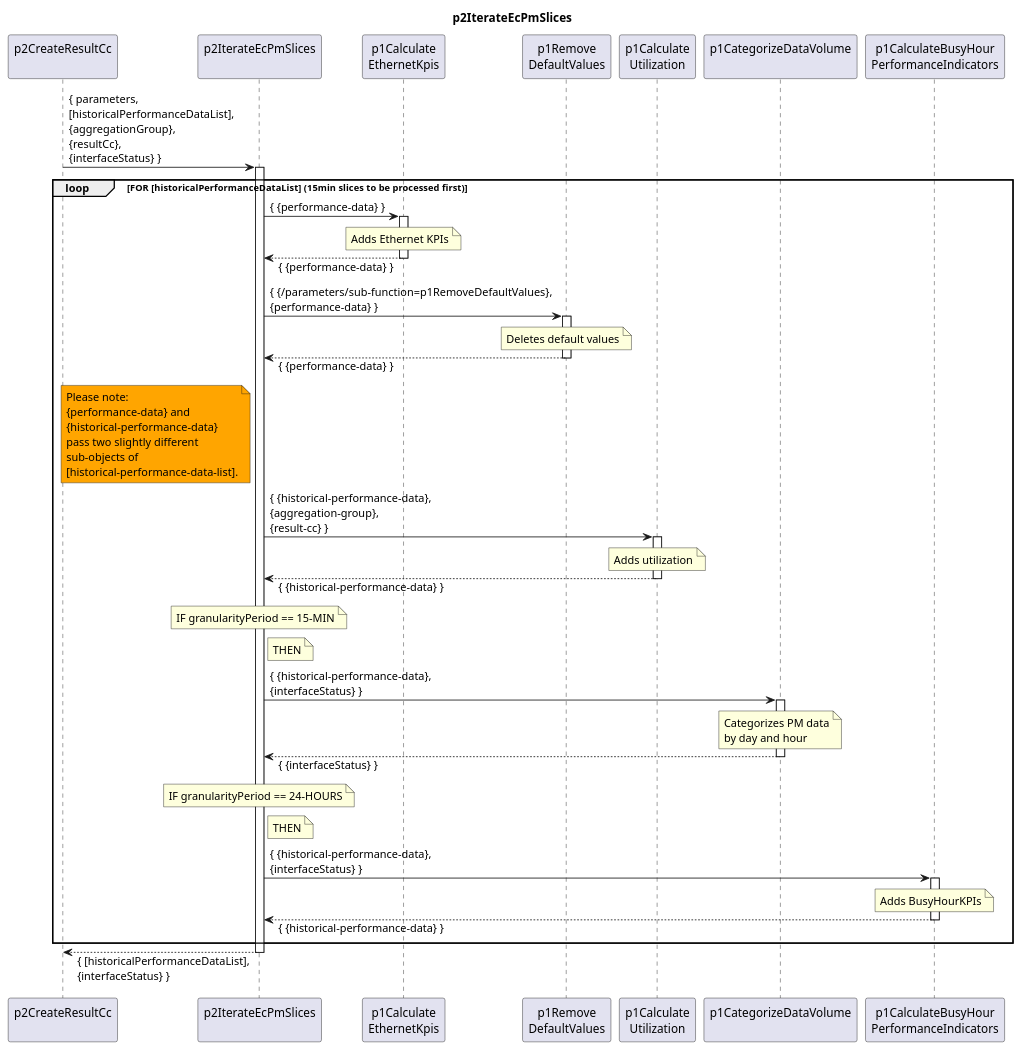
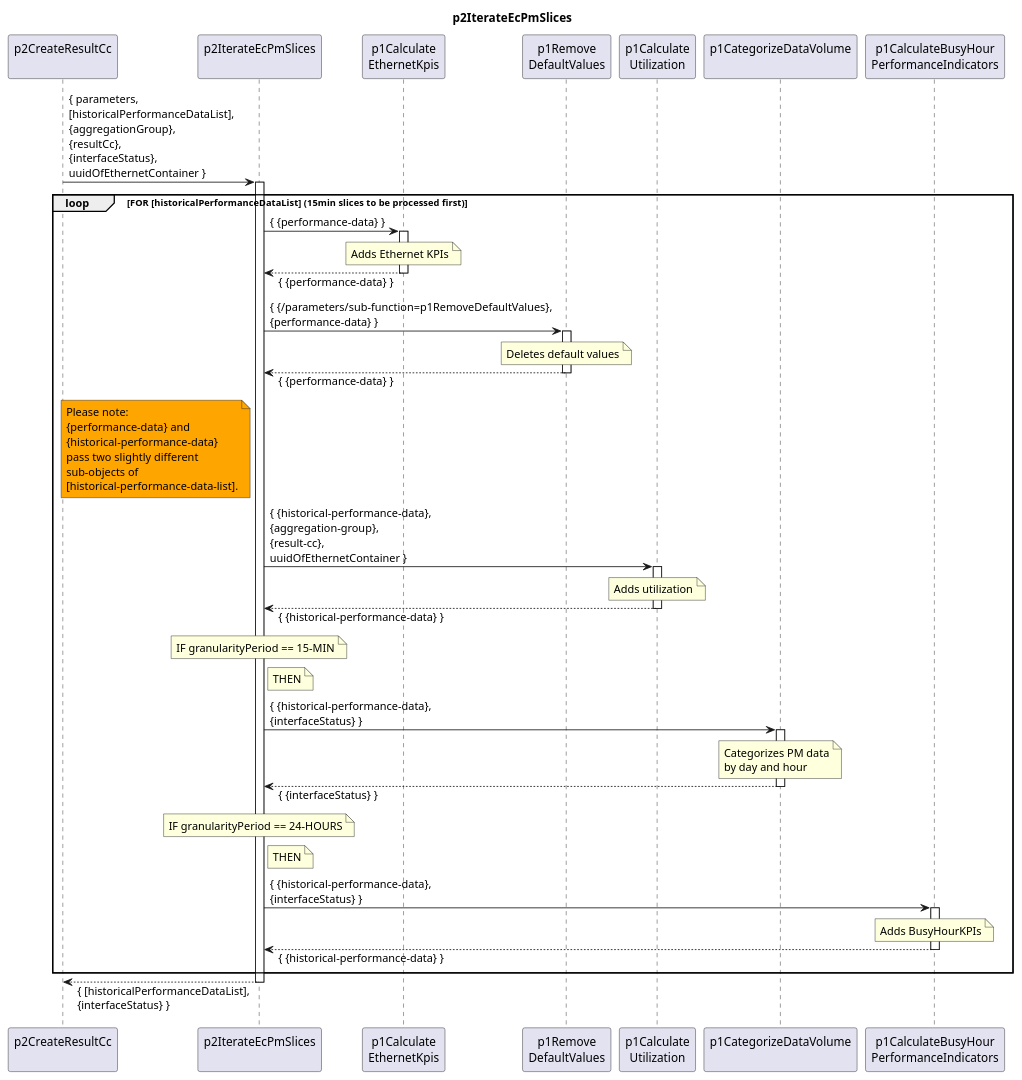
Before and after one commit to openBackhaul/DevicePerformanceManagementDataProcessor: the diagram in spec/Functions/p2StreamPmData/p2ProcessDevice/p2CreateResultCc/p2IterateEcPmSlices/1.0.0/p2IterateEcPmSlices.plantuml, drawn with PlantUML. The commit also changed 10 other files, not shown here.

Commit message:
Add deriving physicalServerLtpList from serverLtp attribute at EthernetContainerLTP (fixes #211)

```diff
--- a/spec/Functions/p2StreamPmData/p2ProcessDevice/p2CreateResultCc/p2IterateEcPmSlices/1.0.0/p2IterateEcPmSlices.plantuml
+++ b/spec/Functions/p2StreamPmData/p2ProcessDevice/p2CreateResultCc/p2IterateEcPmSlices/1.0.0/p2IterateEcPmSlices.plantuml
@@ -1,96 +1,96 @@
 @startuml p2IterateEcPmSlices
 skinparam responseMessageBelowArrow true
 
 title
   p2IterateEcPmSlices
 end title
 
 participant "p2CreateResultCc\n" as cur
 
 participant "p2IterateEcPmSlices\n" as iterateSlices
 participant "p1Calculate\nEthernetKpis" as intCC
 participant "p1Remove\nDefaultValues" as p1RemDefault
 participant "p1Calculate\nUtilization" as p1CalcUtil
 participant "p1CategorizeDataVolume\n" as p1CatDataVo
 participant "p1CalculateBusyHour\nPerformanceIndicators" as p1CalcBH
 
-cur -> iterateSlices : { parameters,\n[historicalPerformanceDataList],\n{aggregationGroup},\n{resultCc},\n{interfaceStatus} }
+cur -> iterateSlices : { parameters,\n[historicalPerformanceDataList],\n{aggregationGroup},\n{resultCc},\n{interfaceStatus},\nuuidOfEthernetContainer }
 activate iterateSlices
 
   loop FOR [historicalPerformanceDataList]   (15min slices to be processed first)
 
     iterateSlices -> intCC : { {performance-data} }
     activate intCC
       note over intCC
         Adds Ethernet KPIs
       end note
     iterateSlices <-- intCC: { {performance-data} }
     deactivate intCC
 
     iterateSlices -> p1RemDefault : { {/parameters/sub-function=p1RemoveDefaultValues},\n{performance-data} }
     activate p1RemDefault
       note over p1RemDefault
         Deletes default values
       end note
     iterateSlices <-- p1RemDefault: { {performance-data} }
     deactivate p1RemDefault
 
     note left iterateSlices #Orange
       Please note:
       {performance-data} and
       {historical-performance-data}
       pass two slightly different
       sub-objects of
       [historical-performance-data-list].
     end note
 
 
-    iterateSlices -> p1CalcUtil : { {historical-performance-data},\n{aggregation-group},\n{result-cc} }
+    iterateSlices -> p1CalcUtil : { {historical-performance-data},\n{aggregation-group},\n{result-cc},\nuuidOfEthernetContainer }
     activate p1CalcUtil
       note over p1CalcUtil
         Adds utilization
       end note
     iterateSlices <-- p1CalcUtil: { {historical-performance-data} }
     deactivate p1CalcUtil
 
     note over iterateSlices
       IF granularityPeriod == 15-MIN
     end note
 
     note right iterateSlices
       THEN
     end note
 
     iterateSlices -> p1CatDataVo : { {historical-performance-data},\n{interfaceStatus} }
     activate p1CatDataVo
       note over p1CatDataVo
         Categorizes PM data
         by day and hour
       end note
     iterateSlices <-- p1CatDataVo: { {interfaceStatus} }
     deactivate p1CatDataVo
 
     note over iterateSlices
       IF granularityPeriod == 24-HOURS
     end note
 
     note right iterateSlices
       THEN
     end note
 
     iterateSlices -> p1CalcBH : { {historical-performance-data},\n{interfaceStatus} }
     activate p1CalcBH
       note over p1CalcBH
         Adds BusyHourKPIs
       end note
     iterateSlices <-- p1CalcBH: { {historical-performance-data} }
     deactivate p1CalcBH
 
   end loop
 
 cur <-- iterateSlices : { [historicalPerformanceDataList],\n{interfaceStatus} }
 deactivate iterateSlices
 
 deactivate cur
 
 @enduml
```
